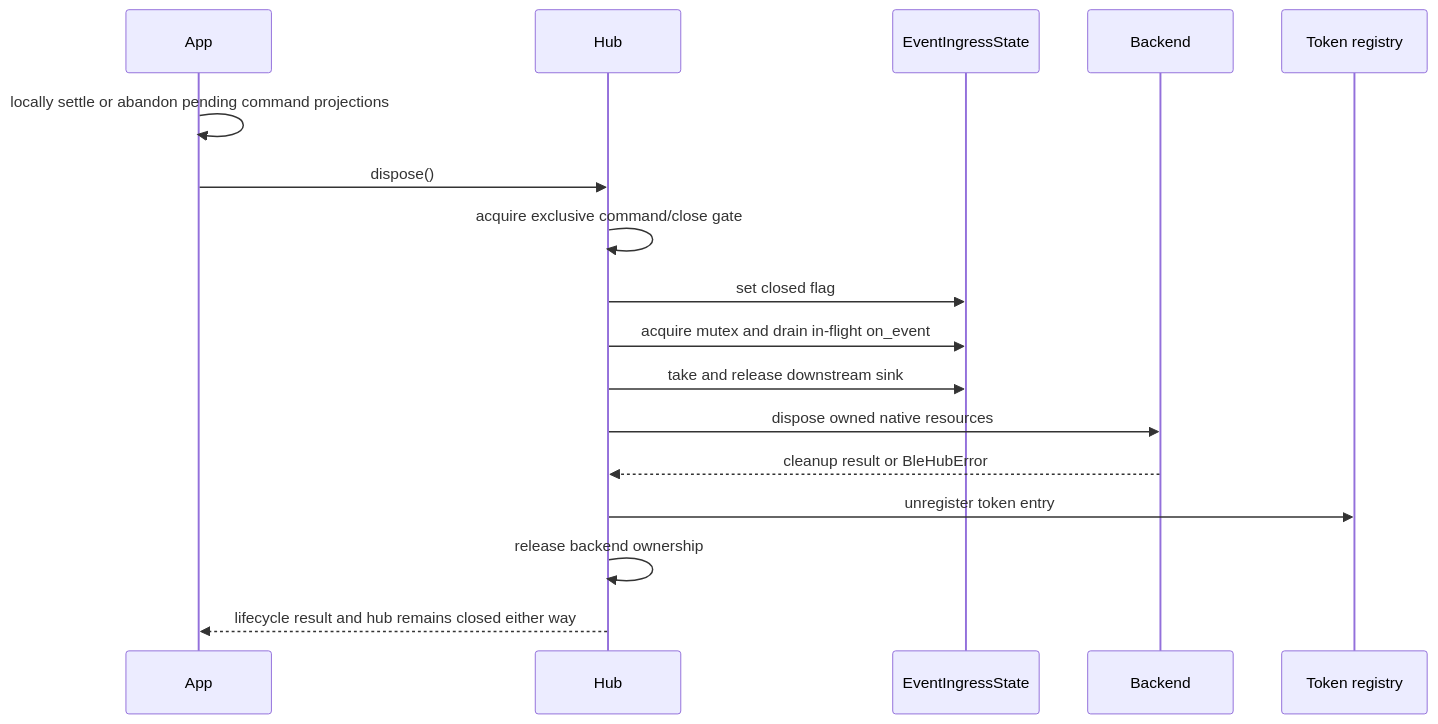
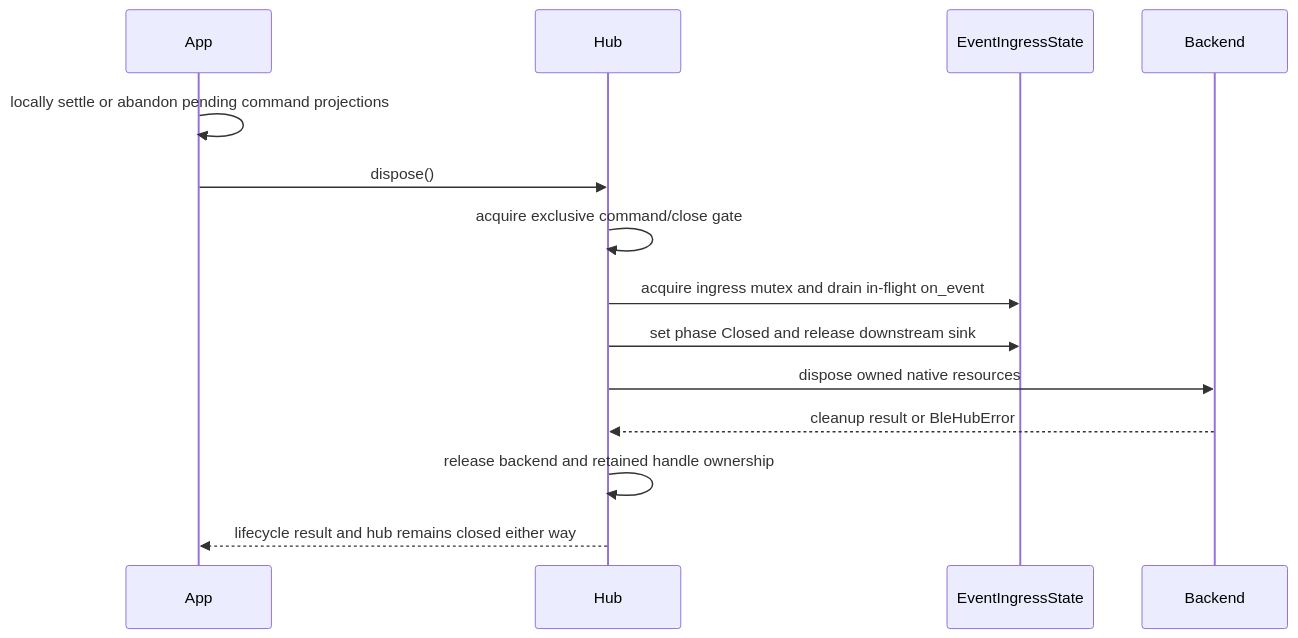
The ninth of 9 diagrams in .plan/PLAN.md (VIDLG/blengine), drawn with Mermaid before and after one commit. The commit also changed other lines of this file and 73 other files, not shown here.

````diff
--- a/.plan/PLAN.md
+++ b/.plan/PLAN.md
@@ -1788,20 +1772,17 @@
 ```mermaid
 sequenceDiagram
     participant App
     participant Hub
     participant State as EventIngressState
     participant Backend
-    participant Registry as Token registry
 
     App->>App: locally settle or abandon pending command projections
     App->>Hub: dispose()
     Hub->>Hub: acquire exclusive command/close gate
-    Hub->>State: set closed flag
-    Hub->>State: acquire mutex and drain in-flight on_event
-    Hub->>State: take and release downstream sink
+    Hub->>State: acquire ingress mutex and drain in-flight on_event
+    Hub->>State: set phase Closed and release downstream sink
     Hub->>Backend: dispose owned native resources
     Backend-->>Hub: cleanup result or BleHubError
-    Hub->>Registry: unregister token entry
-    Hub->>Hub: release backend ownership
+    Hub->>Hub: release backend and retained handle ownership
     Hub-->>App: lifecycle result and hub remains closed either way
 ```
````
